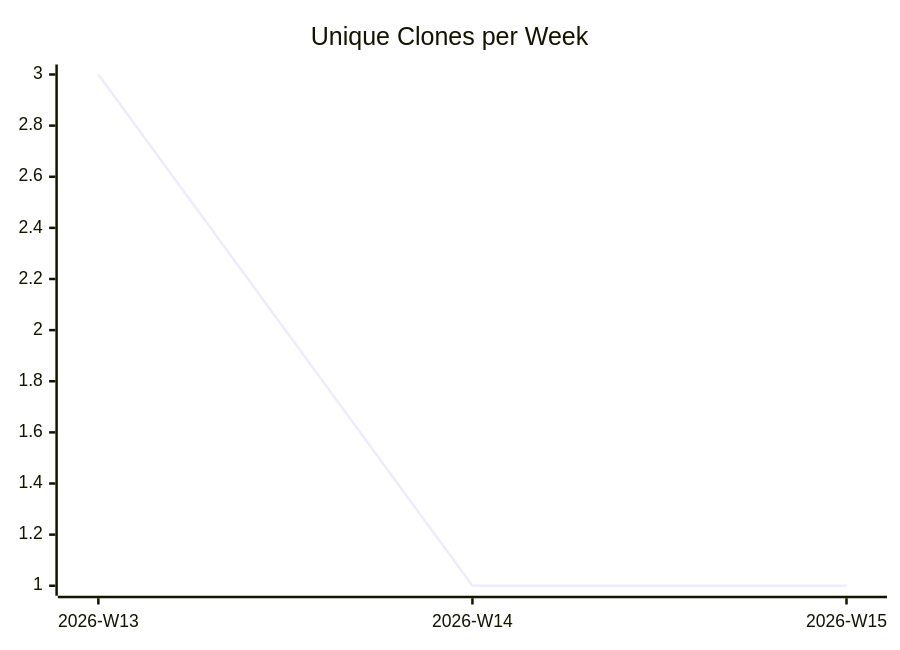
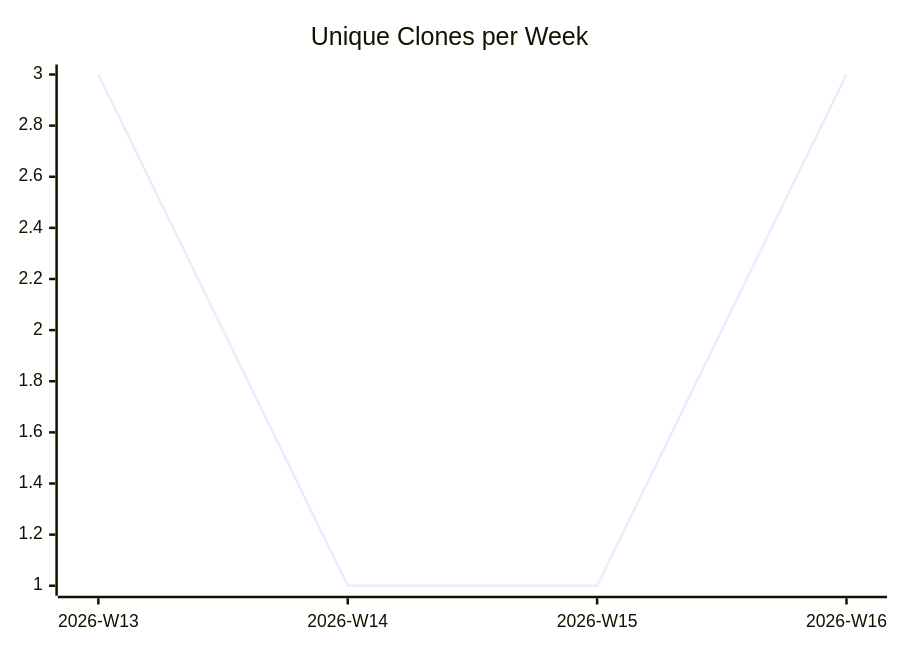
The third of 3 diagrams in karlmdavis/stockfighter-trades-solutions/README.md (justdavis-family/github-analytics-data), drawn with Mermaid before and after one commit. The commit also changed other lines of this file and 173 other files, not shown here.

````diff
--- a/karlmdavis/stockfighter-trades-solutions/README.md
+++ b/karlmdavis/stockfighter-trades-solutions/README.md
@@ -19,6 +19,6 @@
 ```mermaid
 xychart-beta
   title "Unique Clones per Week"
-  x-axis ["2026-W13", "2026-W14", "2026-W15"]
-  line [3, 1, 1]
+  x-axis ["2026-W13", "2026-W14", "2026-W15", "2026-W16"]
+  line [3, 1, 1, 3]
 ```
````
